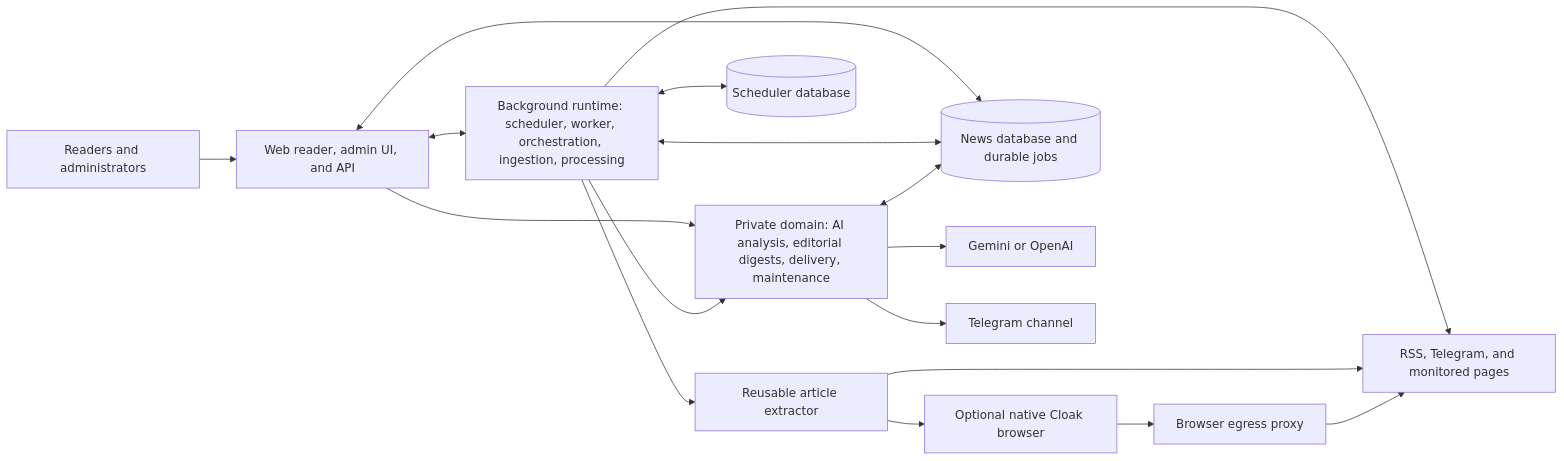
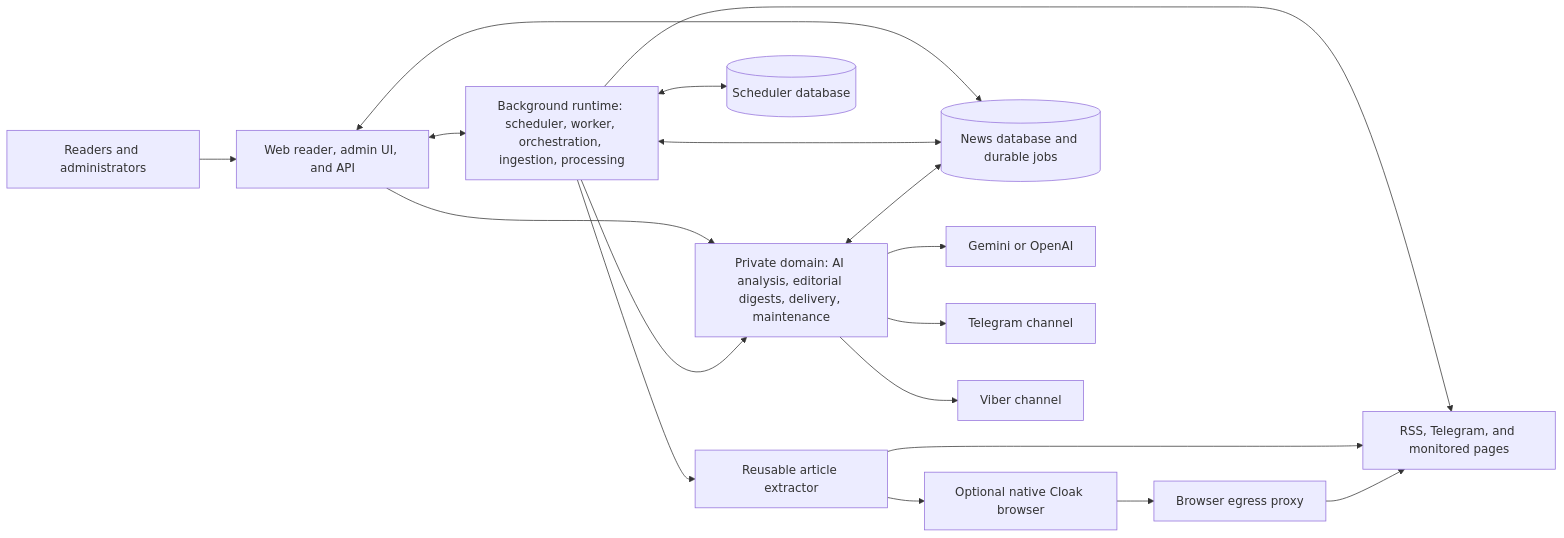
Before and after one commit to Dzarlax-AI/evening-news: the diagram in README.md, drawn with Mermaid. The commit also changed other lines of this file and 60 other files, not shown here.

First line of the commit message:
feat: add Serbian Viber digest delivery and admin channel test

````diff
--- a/README.md
+++ b/README.md
@@ -33,32 +33,34 @@
 ```mermaid
 flowchart LR
     Reader["Readers and administrators"]
     Web["Web reader, admin UI, and API"]
     Background["Background runtime: scheduler, worker, orchestration, ingestion, processing"]
     Domain["Private domain: AI analysis, editorial digests, delivery, maintenance"]
     Extractor["Reusable article extractor"]
     Egress["Browser egress proxy"]
     Browser["Optional native Cloak browser"]
     NewsDB[("News database and durable jobs")]
     ScheduleDB[("Scheduler database")]
     Sources["RSS, Telegram, and monitored pages"]
     Providers["Gemini or OpenAI"]
     Telegram["Telegram channel"]
+    Viber["Viber channel"]
 
     Reader --> Web
     Web <--> NewsDB
     Web --> Domain
     Web <--> Background
     Background <--> NewsDB
     Background <--> ScheduleDB
     Background --> Sources
     Background --> Extractor
     Background --> Domain
     Domain <--> NewsDB
     Domain --> Providers
     Domain --> Telegram
+    Domain --> Viber
     Extractor --> Sources
     Extractor --> Browser
     Browser --> Egress
     Egress --> Sources
 ```
````
